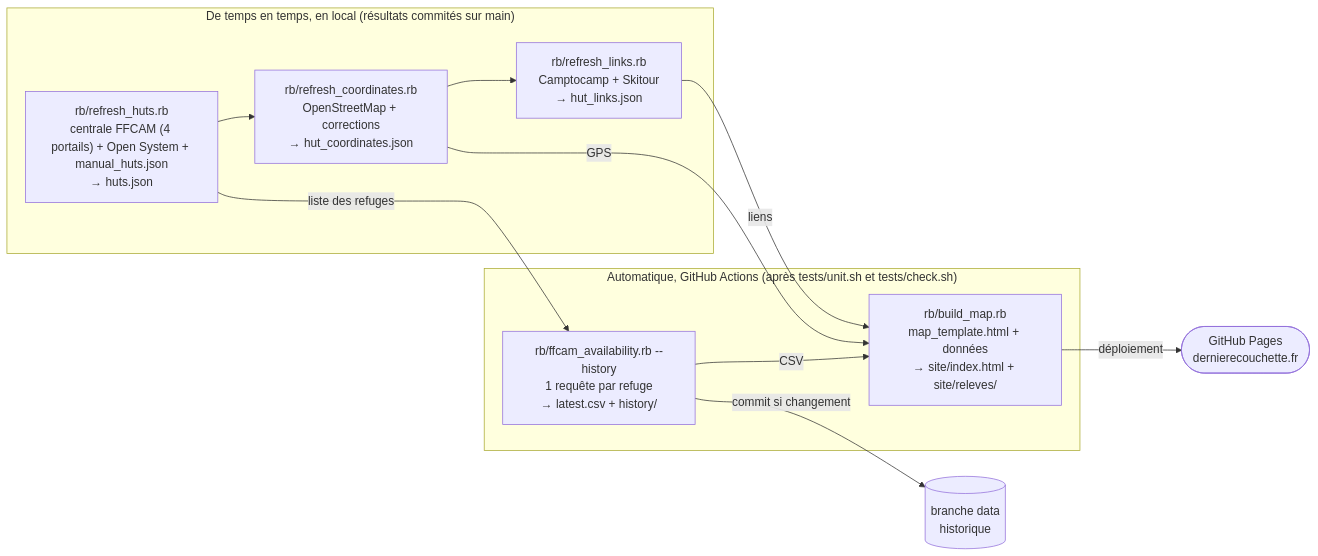
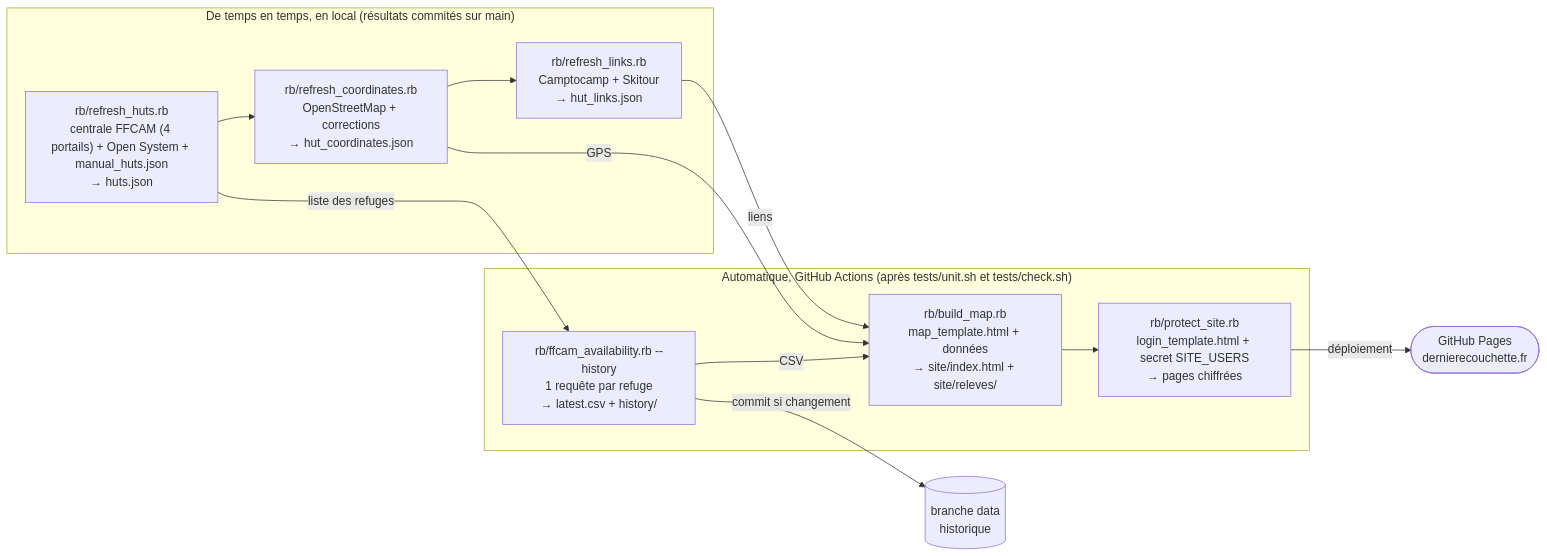
Before and after one commit to jor-di/ffcam-huts: the diagram in HANDOVER.md, drawn with Mermaid. The commit also changed other lines of this file and 7 other files, not shown here.

````diff
--- a/HANDOVER.md
+++ b/HANDOVER.md
@@ -30,19 +31,20 @@
 ```mermaid
 flowchart LR
   subgraph local["De temps en temps, en local (résultats commités sur main)"]
     huts["rb/refresh_huts.rb<br/>centrale FFCAM (4 portails) + Open System + manual_huts.json<br/>→ huts.json"]
     coords["rb/refresh_coordinates.rb<br/>OpenStreetMap + corrections<br/>→ hut_coordinates.json"]
     links["rb/refresh_links.rb<br/>Camptocamp + Skitour<br/>→ hut_links.json"]
     huts --> coords --> links
   end
   subgraph auto["Automatique, GitHub Actions (après tests/unit.sh et tests/check.sh)"]
     avail["rb/ffcam_availability.rb --history<br/>1 requête par refuge<br/>→ latest.csv + history/"]
     build["rb/build_map.rb<br/>map_template.html + données<br/>→ site/index.html + site/releves/"]
-    avail -- CSV --> build
+    protect["rb/protect_site.rb<br/>login_template.html + secret SITE_USERS<br/>→ pages chiffrées"]
+    avail -- CSV --> build --> protect
   end
   huts -- liste des refuges --> avail
   coords -- GPS --> build
   links -- liens --> build
   avail -- commit si changement --> data[("branche data<br/>historique")]
-  build -- déploiement --> pages(["GitHub Pages<br/>dernierecouchette.fr"])
+  protect -- déploiement --> pages(["GitHub Pages<br/>dernierecouchette.fr"])
 ```
````
